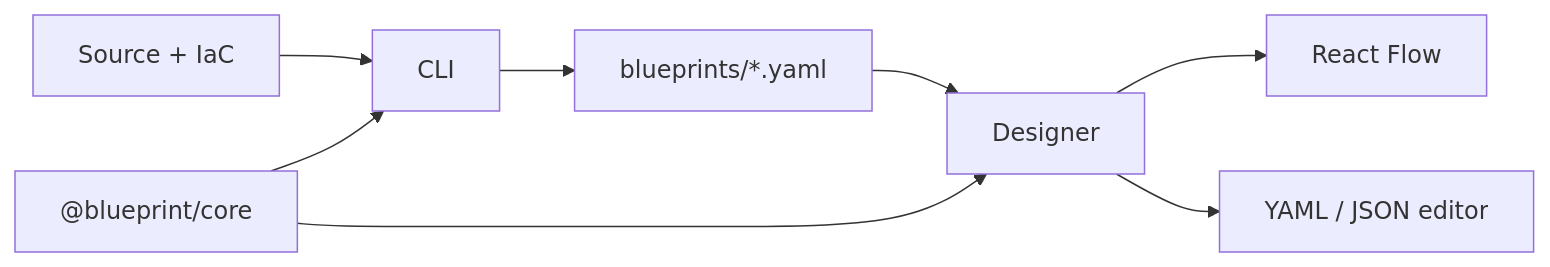
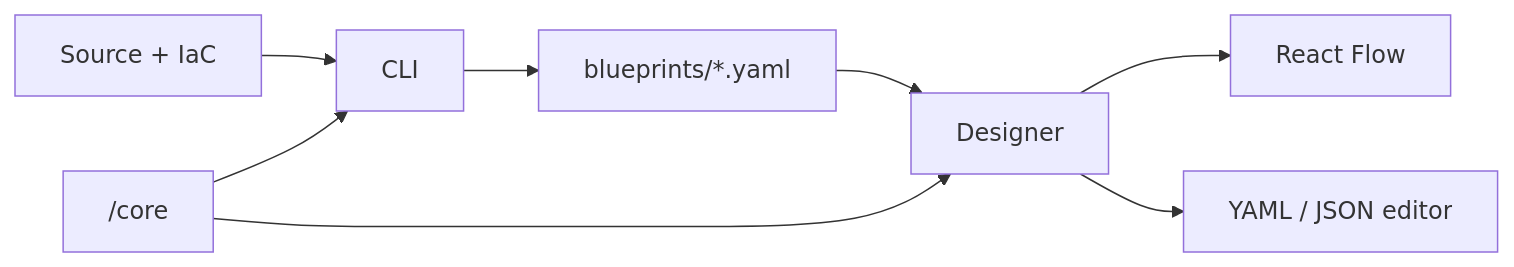
One commit to mzworthington/archlens changed the diagram in docs/codebase-review.md. Above: the diagram before and after it, drawn with Mermaid. The commit also changed other lines of this file and 532 other files, not shown here.

````diff
--- a/docs/codebase-review.md
+++ b/docs/codebase-review.md
@@ -17,10 +17,10 @@
 ```mermaid
 graph LR
   Repo["Source + IaC"] --> CLI
   CLI --> YAML["blueprints/*.yaml"]
   YAML --> Designer
   Designer --> Canvas["React Flow"]
   Designer --> Code["YAML / JSON editor"]
-  Core["@blueprint/core"] --> CLI
+  Core["/core"] --> CLI
   Core --> Designer
 ```
````
